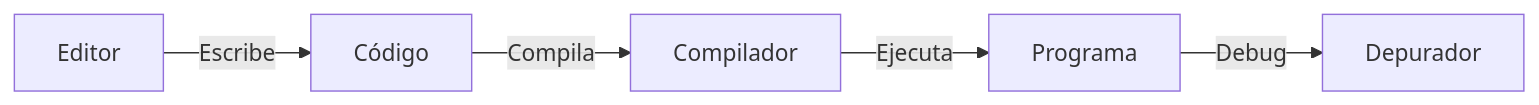
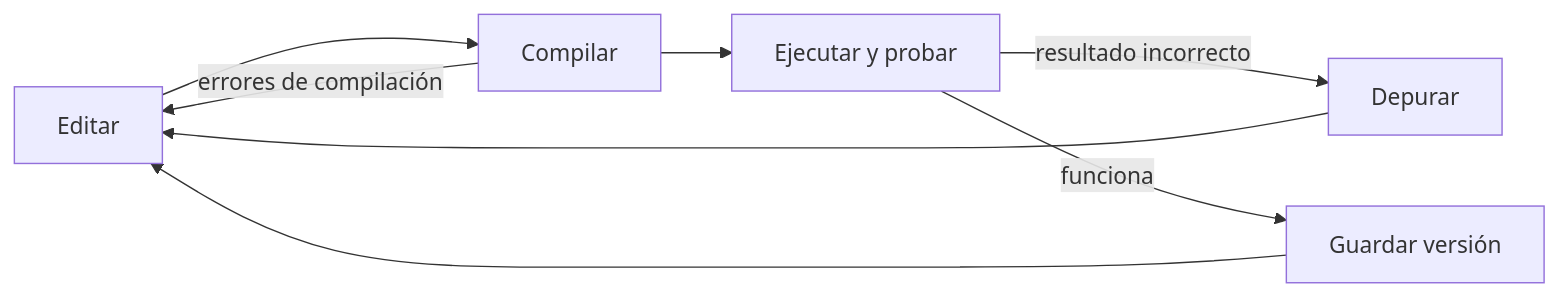
One commit to djaimej/computer-science-template changed the diagram in public/documents/semester-1/3/1317.md. Above: the diagram before and after it, drawn with Mermaid. The commit also changed other lines of this file and 6 other files, not shown here.

````diff
--- a/public/documents/semester-1/3/1317.md
+++ b/public/documents/semester-1/3/1317.md
@@ -15,7 +11,10 @@
 ```mermaid
 flowchart LR
-E["Editor"] -- Escribe --> C["Código"]
-C -- Compila --> CP["Compilador"]
-CP -- Ejecuta --> P["Programa"]
-P -- Debug --> D["Depurador"]
+  E["Editar"] --> C["Compilar"]
+  C -- "errores de compilación" --> E
+  C --> X["Ejecutar y probar"]
+  X -- "resultado incorrecto" --> D["Depurar"]
+  D --> E
+  X -- "funciona" --> V["Guardar versión"]
+  V --> E
 ```
````
